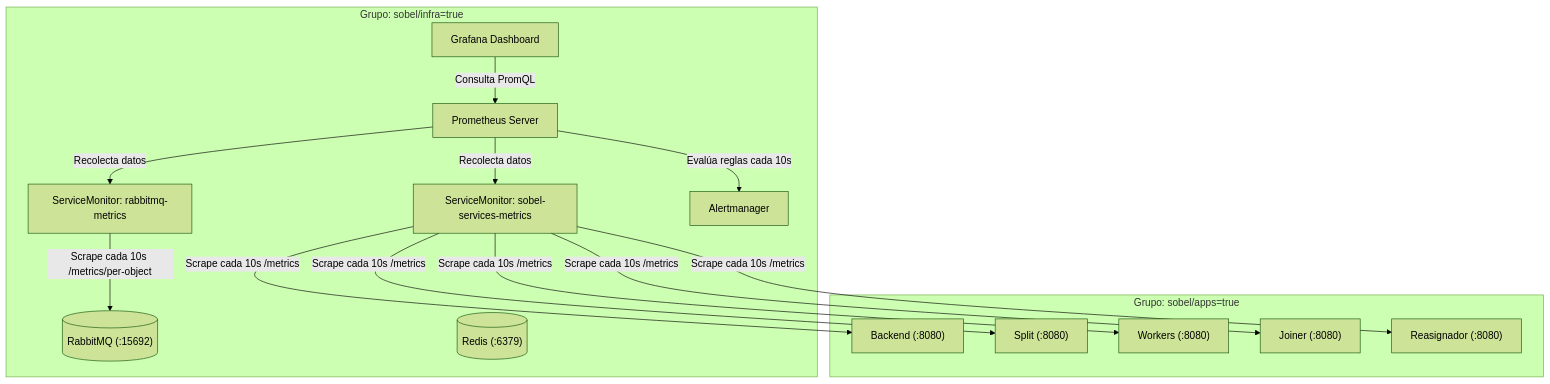
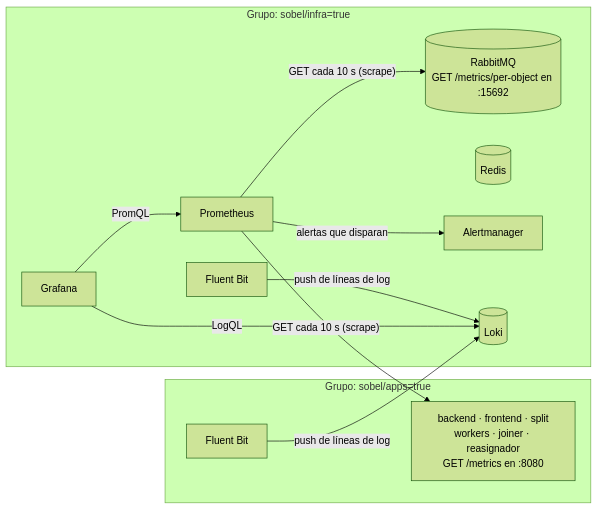
Before and after one commit to chimera-sdypp/sdypp_tp3: the first of 4 diagrams in hit4/README.md, drawn with Mermaid (forest theme). The commit also changed other lines of this file, not shown here.

First line of the commit message:
docs(hit4): cómo llegan las métricas a Prometheus y cómo llegan los logs a Loki

````diff
--- a/hit4/README.md
+++ b/hit4/README.md
@@ -11,29 +11,23 @@
 ```mermaid
-flowchart TD
+flowchart LR
     subgraph apps_pool ["Grupo: sobel/apps=true"]
-        B["Backend (:8080)"]
-        S["Split (:8080)"]
-        W["Workers (:8080)"]
-        J["Joiner (:8080)"]
-        R["Reasignador (:8080)"]
+        APPS["backend · frontend · split<br/>workers · joiner · reasignador<br/>GET /metrics en :8080"]
+        FB1["Fluent Bit"]
     end
 
     subgraph infra_pool ["Grupo: sobel/infra=true"]
-        RMQ[("RabbitMQ (:15692)")]
-        RD[("Redis (:6379)")]
-        
-        SM_APP["ServiceMonitor: sobel-services-metrics"]
-        SM_RMQ["ServiceMonitor: rabbitmq-metrics"]
-        
-        PROM["Prometheus Server"]
+        RMQ[("RabbitMQ<br/>GET /metrics/per-object en :15692")]
+        RD[("Redis")]
+        PROM["Prometheus"]
         AM["Alertmanager"]
-        GRAF["Grafana Dashboard"]
+        LOKI[("Loki")]
+        GRAF["Grafana"]
+        FB2["Fluent Bit"]
     end
 
-    SM_APP -->|"Scrape cada 10s /metrics"| B & S & W & J & R
-    SM_RMQ -->|"Scrape cada 10s /metrics/per-object"| RMQ
-    
-    PROM -->|"Recolecta datos"| SM_APP & SM_RMQ
-    PROM -->|"Evalúa reglas cada 10s"| AM
-    GRAF -->|"Consulta PromQL"| PROM
+    PROM -->|"GET cada 10 s (scrape)"| APPS & RMQ
+    PROM -->|"alertas que disparan"| AM
+    FB1 & FB2 -->|"push de líneas de log"| LOKI
+    GRAF -->|"PromQL"| PROM
+    GRAF -->|"LogQL"| LOKI
 ```
````
